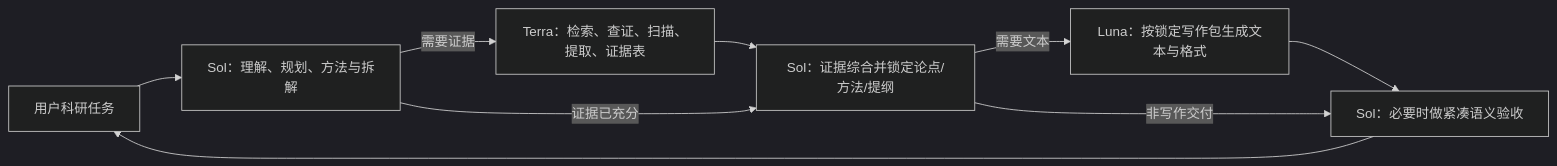
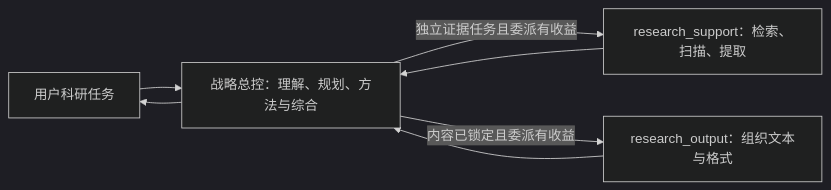
The diagram in README.md (LJAKE03/JAKE-research-agent-skills), drawn with Mermaid (dark theme) before and after one commit. The commit also changed other lines of this file and 40 other files, not shown here.

````diff
--- a/README.md
+++ b/README.md
@@ -7,11 +7,9 @@
 ```mermaid
 flowchart LR
-    U["用户科研任务"] --> S1["Sol：理解、规划、方法与拆解"]
-    S1 -->|需要证据| T["Terra：检索、查证、扫描、提取、证据表"]
-    T --> S2["Sol：证据综合并锁定论点/方法/提纲"]
-    S1 -->|证据已充分| S2
-    S2 -->|需要文本| L["Luna：按锁定写作包生成文本与格式"]
-    L --> A["Sol：必要时做紧凑语义验收"]
-    S2 -->|非写作交付| A
-    A --> U
+    U["用户科研任务"] --> C["战略总控：理解、规划、方法与综合"]
+    C -->|独立证据任务且委派有收益| E["research_support：检索、扫描、提取"]
+    E --> C
+    C -->|内容已锁定且委派有收益| O["research_output：组织文本与格式"]
+    O --> C
+    C --> U
 ```
````
